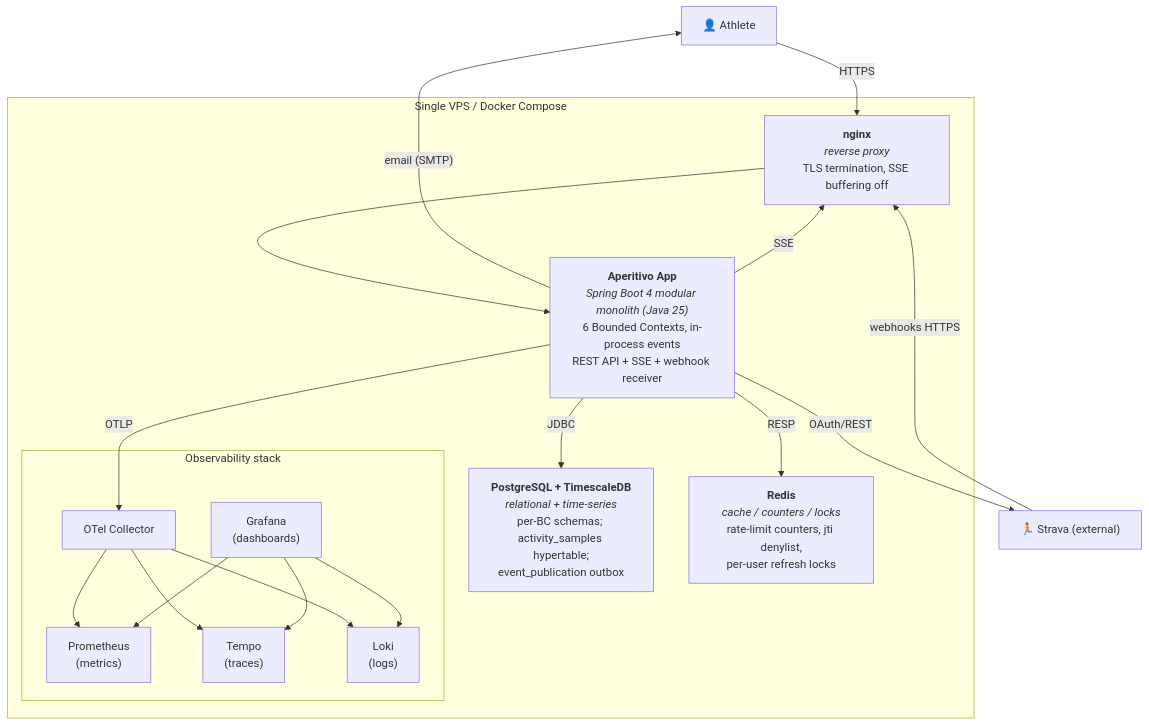
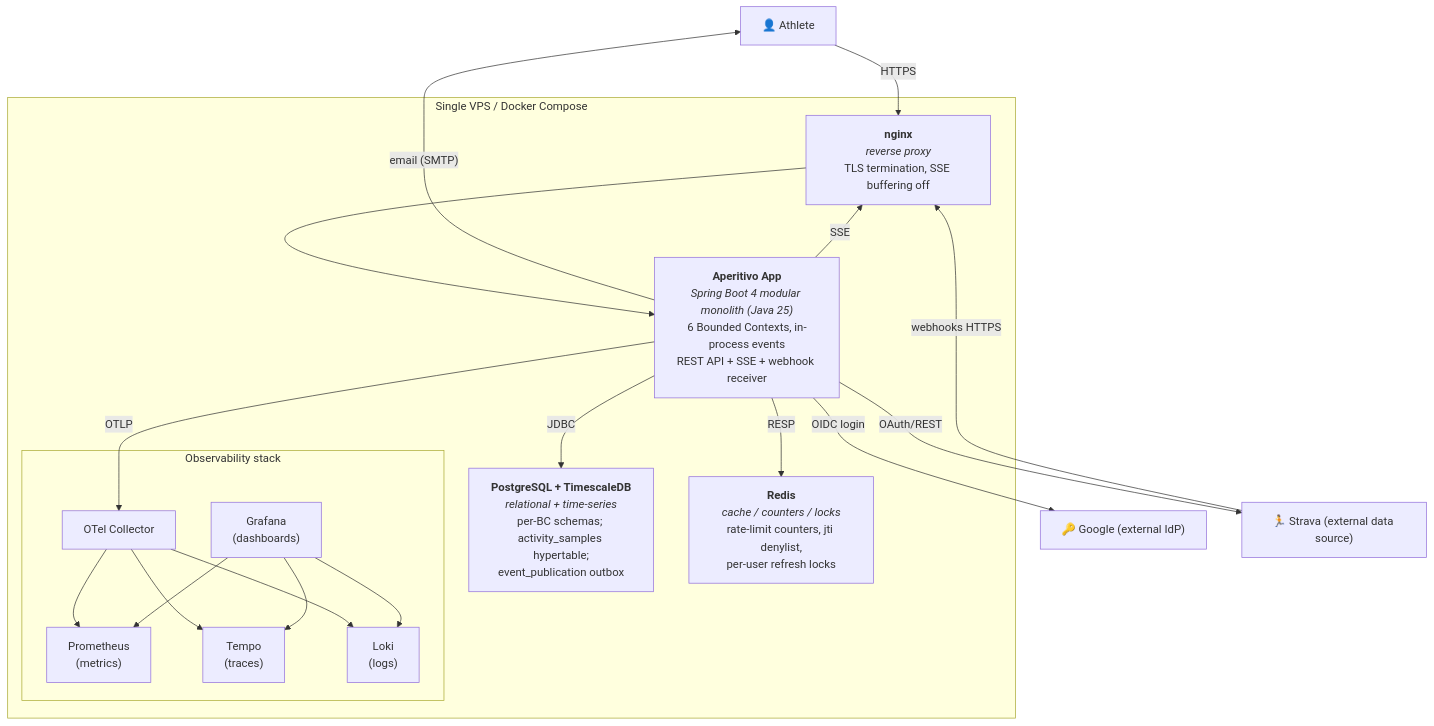
The diagram in docs/diagrams/c4/level-2-containers.md (PrimaryInspection2/aperitivo), drawn with Mermaid before and after one commit. The commit also changed other lines of this file and 65 other files, not shown here.

Commit message:
sign in with Google (OIDC) and connect Strava as a data source from an authenticated session

````diff
--- a/docs/diagrams/c4/level-2-containers.md
+++ b/docs/diagrams/c4/level-2-containers.md
@@ -21,34 +21,36 @@
 ```mermaid
 flowchart TB
     Athlete["👤 Athlete"]
-    Strava["🏃 Strava (external)"]
+    Google["🔑 Google (external IdP)"]
+    Strava["🏃 Strava (external data source)"]
 
     subgraph Host["Single VPS / Docker Compose"]
         NGINX["<b>nginx</b><br/><i>reverse proxy</i><br/>TLS termination, SSE buffering off"]
 
         APP["<b>Aperitivo App</b><br/><i>Spring Boot 4 modular monolith (Java 25)</i><br/>6 Bounded Contexts, in-process events<br/>REST API + SSE + webhook receiver"]
 
         PG["<b>PostgreSQL + TimescaleDB</b><br/><i>relational + time-series</i><br/>per-BC schemas; activity_samples hypertable;<br/>event_publication outbox"]
         REDIS["<b>Redis</b><br/><i>cache / counters / locks</i><br/>rate-limit counters, jti denylist,<br/>per-user refresh locks"]
 
         subgraph OBS["Observability stack"]
             OTEL["OTel Collector"]
             PROM["Prometheus<br/>(metrics)"]
             TEMPO["Tempo<br/>(traces)"]
             LOKI["Loki<br/>(logs)"]
             GRAF["Grafana<br/>(dashboards)"]
         end
     end
 
     Athlete -->|HTTPS| NGINX
     Strava -->|webhooks HTTPS| NGINX
     NGINX --> APP
+    APP -->|"OIDC login"| Google
     APP -->|OAuth/REST| Strava
     APP -->|JDBC| PG
     APP -->|RESP| REDIS
     APP -->|OTLP| OTEL
     OTEL --> PROM & TEMPO & LOKI
     GRAF --> PROM & TEMPO & LOKI
     APP -->|"email (SMTP)"| Athlete
     APP -->|"SSE"| NGINX
 ```
````
